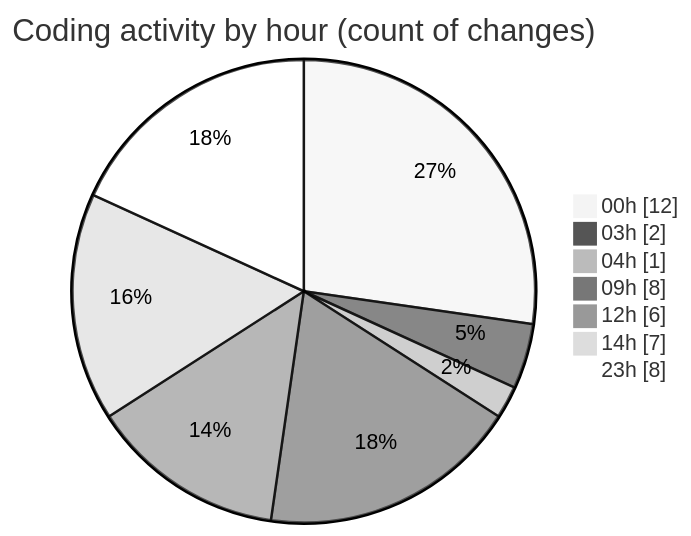
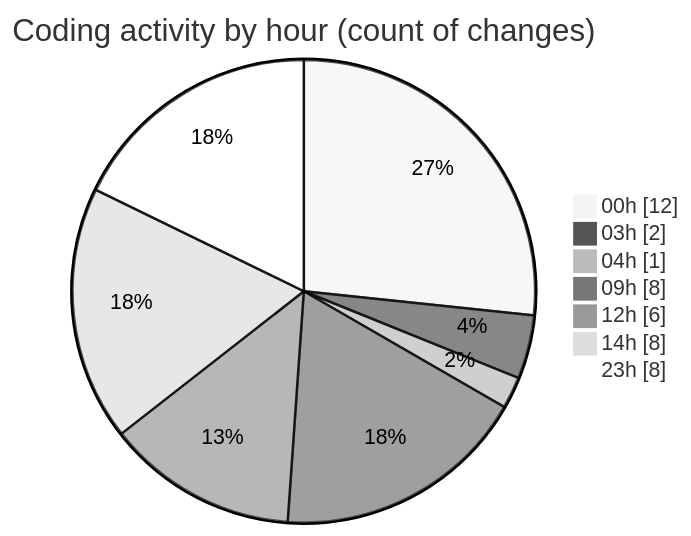
Before and after one commit to julien-gomy/code-tracking: the second of 2 diagrams in 2025-11-18/cdp_aleoudev_fr__workspace_/README.md, drawn with Mermaid (neutral theme). The commit also changed other lines of this file and 1 other file, not shown here.

````diff
--- a/2025-11-18/cdp_aleoudev_fr__workspace_/README.md
+++ b/2025-11-18/cdp_aleoudev_fr__workspace_/README.md
@@ -44,11 +45,11 @@
 ```mermaid
 pie showData
 title Coding activity by hour (count of changes)
 "00h" : 12
 "03h" : 2
 "04h" : 1
 "09h" : 8
 "12h" : 6
-"14h" : 7
+"14h" : 8
 "23h" : 8
 ```
````
